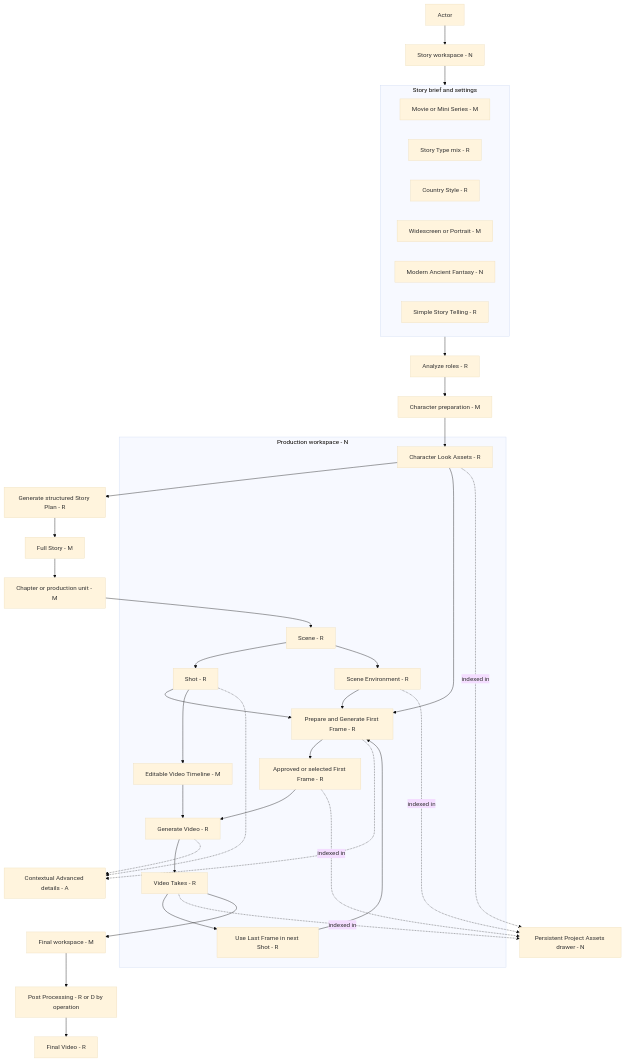
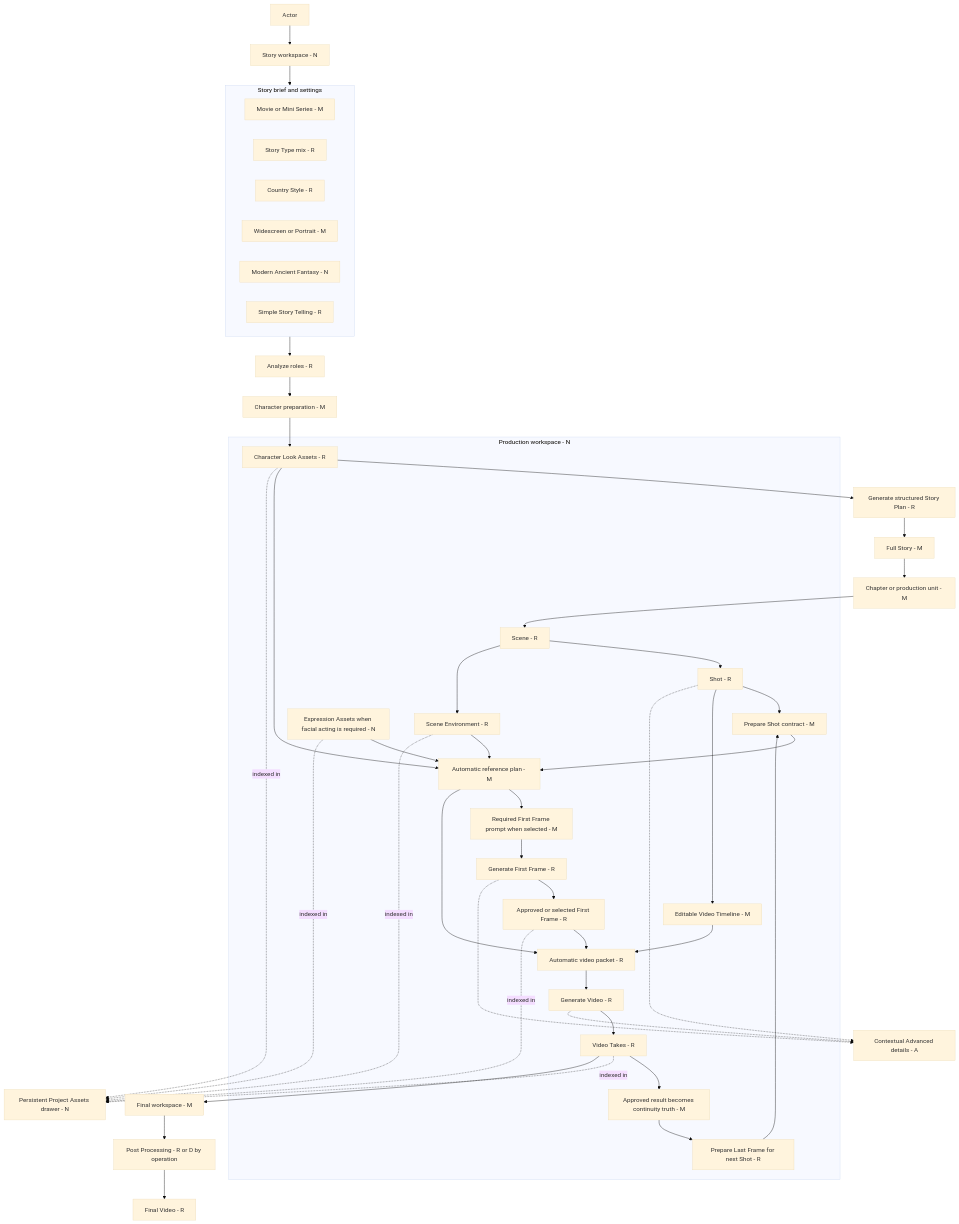
One commit to magicxeon/PromptForge changed the diagram in requirements/016-cinematic-studio/Rewamp/001-cinematic-studio-rewamp-structure-and-drawio-mapping.md. Above: the diagram before and after it, drawn with Mermaid (base theme). The commit also changed other lines of this file and 1 other file, not shown here.

Commit message:
feat: add comprehensive production workflow reference for Period Mini Series

````diff
--- a/requirements/016-cinematic-studio/Rewamp/001-cinematic-studio-rewamp-structure-and-drawio-mapping.md
+++ b/requirements/016-cinematic-studio/Rewamp/001-cinematic-studio-rewamp-structure-and-drawio-mapping.md
@@ -197,52 +405,60 @@
 ```mermaid
 flowchart TD
   U[Actor]
   U --> S[Story workspace - N]
 
   subgraph S1[Story brief and settings]
     F[Movie or Mini Series - M]
     G[Story Type mix - R]
     C[Country Style - R]
     O[Widescreen or Portrait - M]
     P[Modern Ancient Fantasy - N]
     B[Simple Story Telling - R]
   end
 
   S --> S1
   S1 --> AR[Analyze roles - R]
   AR --> CA[Character preparation - M]
   CA --> CL[Character Look Assets - R]
   CL --> GP[Generate structured Story Plan - R]
   GP --> FS[Full Story - M]
   FS --> CH[Chapter or production unit - M]
   CH --> SC[Scene - R]
   SC --> SH[Shot - R]
 
   subgraph PW[Production workspace - N]
     SC --> ENV[Scene Environment - R]
-    SH --> FF[Prepare and Generate First Frame - R]
-    CL --> FF
-    ENV --> FF
+    SH --> PS[Prepare Shot contract - M]
+    CL --> RP[Automatic reference plan - M]
+    EX[Expression Assets when facial acting is required - N] --> RP
+    ENV --> RP
+    PS --> RP
+    RP --> FFP[Required First Frame prompt when selected - M]
+    FFP --> FF[Generate First Frame - R]
     FF --> VF[Approved or selected First Frame - R]
     SH --> VD[Editable Video Timeline - M]
-    VF --> VG[Generate Video - R]
-    VD --> VG
+    VF --> VP[Automatic video packet - R]
+    VD --> VP
+    RP --> VP
+    VP --> VG[Generate Video - R]
     VG --> TK[Video Takes - R]
-    TK --> LF[Use Last Frame in next Shot - R]
-    LF --> FF
+    TK --> CT[Approved result becomes continuity truth - M]
+    CT --> LF[Prepare Last Frame for next Shot - R]
+    LF --> PS
   end
 
   PAD[Persistent Project Assets drawer - N]
   CL -. indexed in .-> PAD
+  EX -. indexed in .-> PAD
   ENV -. indexed in .-> PAD
   VF -. indexed in .-> PAD
   TK -. indexed in .-> PAD
 
   TK --> FIN[Final workspace - M]
   FIN --> PP[Post Processing - R or D by operation]
   PP --> OUT[Final Video - R]
 
   SH -.-> ADV[Contextual Advanced details - A]
   FF -.-> ADV
   VG -.-> ADV
 ```
````
